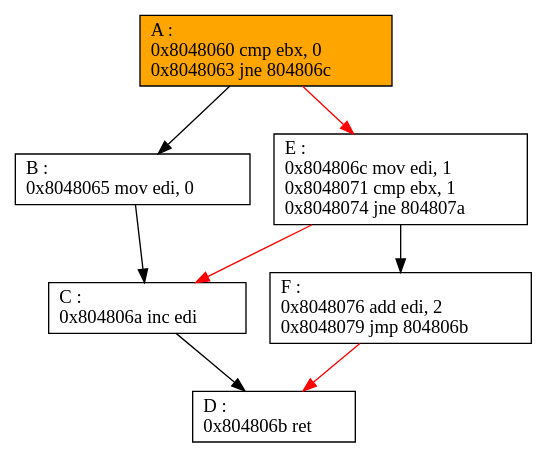
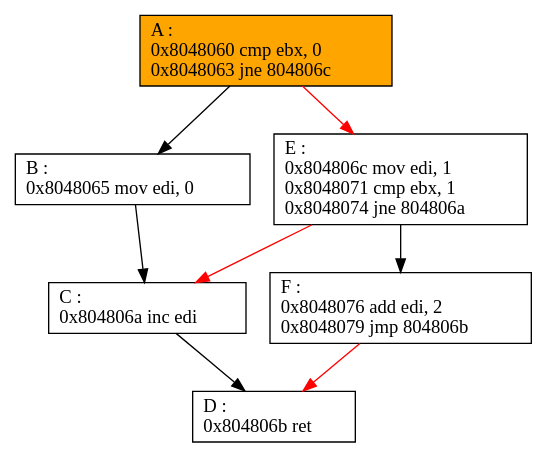
Before and after one commit to yaps8/these: the diagram in supports/applatissement/applatissement.dot, drawn with Graphviz. The commit also changed 2 other files, not shown here.

Commit message:
[fix] address in graph flattening example

```diff
--- a/supports/applatissement/applatissement.dot
+++ b/supports/applatissement/applatissement.dot
@@ -1,17 +1,17 @@
 digraph G {
 fontname=cmr10;
 labeljust=r
 "A" [labeljust=r,label="A :\l0x8048060 cmp ebx, 0\l0x8048063 jne 804806c\l", shape=box, style="filled", fillcolor=orange]
 "B" [labeljust=r,label="B :\l0x8048065 mov edi, 0\l", shape=box, style="filled", fillcolor=white]
 "C" [labeljust=r,label="C :\l0x804806a inc edi\l", shape=box, style="filled", fillcolor=white]
 "D" [labeljust=r,label="D :\l0x804806b ret\l", shape=box, style="filled", fillcolor=white]
-"E" [labeljust=r,label="E :\l0x804806c mov edi, 1\l0x8048071 cmp ebx, 1\l0x8048074 jne 804807a\l", shape=box, style="filled", fillcolor=white]
+"E" [labeljust=r,label="E :\l0x804806c mov edi, 1\l0x8048071 cmp ebx, 1\l0x8048074 jne 804806a\l", shape=box, style="filled", fillcolor=white]
 "F" [labeljust=r,label="F :\l0x8048076 add edi, 2\l0x8048079 jmp 804806b\l", shape=box, style="filled", fillcolor=white]
 "A" -> "B" [color=black]
 "A" -> "E" [color=red]
 "B" -> "C" [color=black]
 "C" -> "D" [color=black]
 "E" -> "F" [color=black]
 "E" -> "C" [color=red]
 "F" -> "D" [color=red]
 }
```
